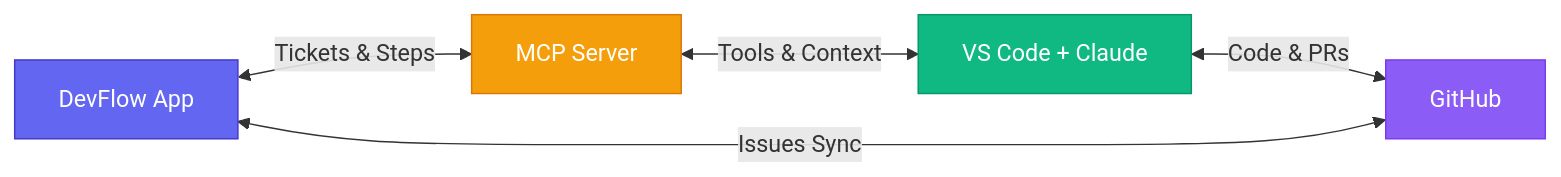
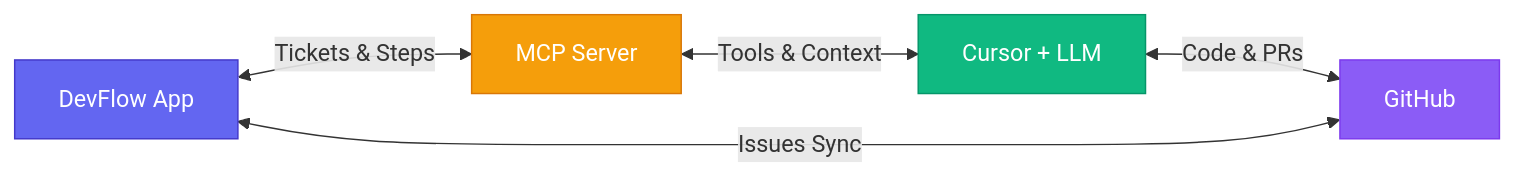
Before and after one commit to aziddy/Hackathon-Alexzidros-8090xHighlineBeta: the first of 2 diagrams in devflow/docs/HACKATHON-SLIDESHOW.md, drawn with Mermaid. The commit also changed other lines of this file, not shown here.

````diff
--- a/devflow/docs/HACKATHON-SLIDESHOW.md
+++ b/devflow/docs/HACKATHON-SLIDESHOW.md
@@ -5,17 +5,17 @@
 ```mermaid
 flowchart LR
     APP[DevFlow App]
     MCP[MCP Server]
-    IDE[VS Code + Claude]
+    IDE[Cursor + LLM]
     GH[GitHub]
 
     APP <-->|Tickets & Steps| MCP
     MCP <-->|Tools & Context| IDE
     IDE <-->|Code & PRs| GH
     GH <-->|Issues Sync| APP
 
     style APP fill:#6366f1,stroke:#4338ca,color:#fff
     style MCP fill:#f59e0b,stroke:#d97706,color:#fff
     style IDE fill:#10b981,stroke:#059669,color:#fff
     style GH fill:#8b5cf6,stroke:#7c3aed,color:#fff
 ```
````
